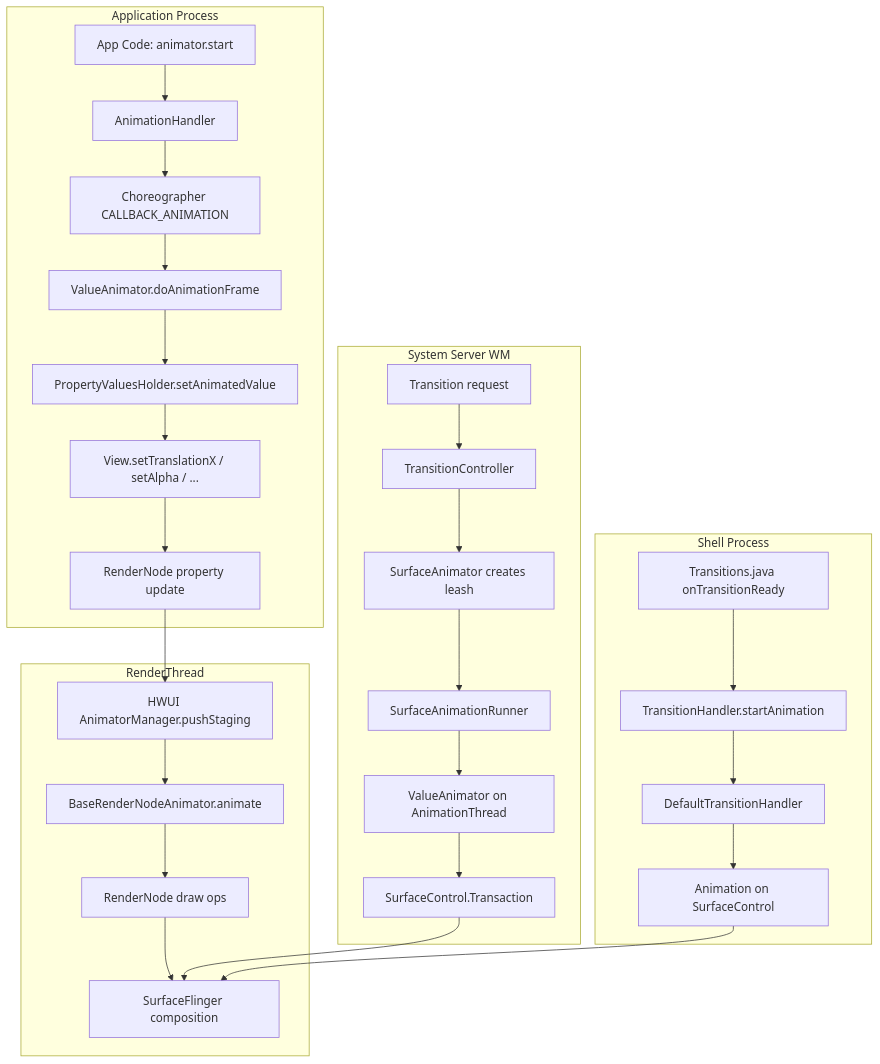
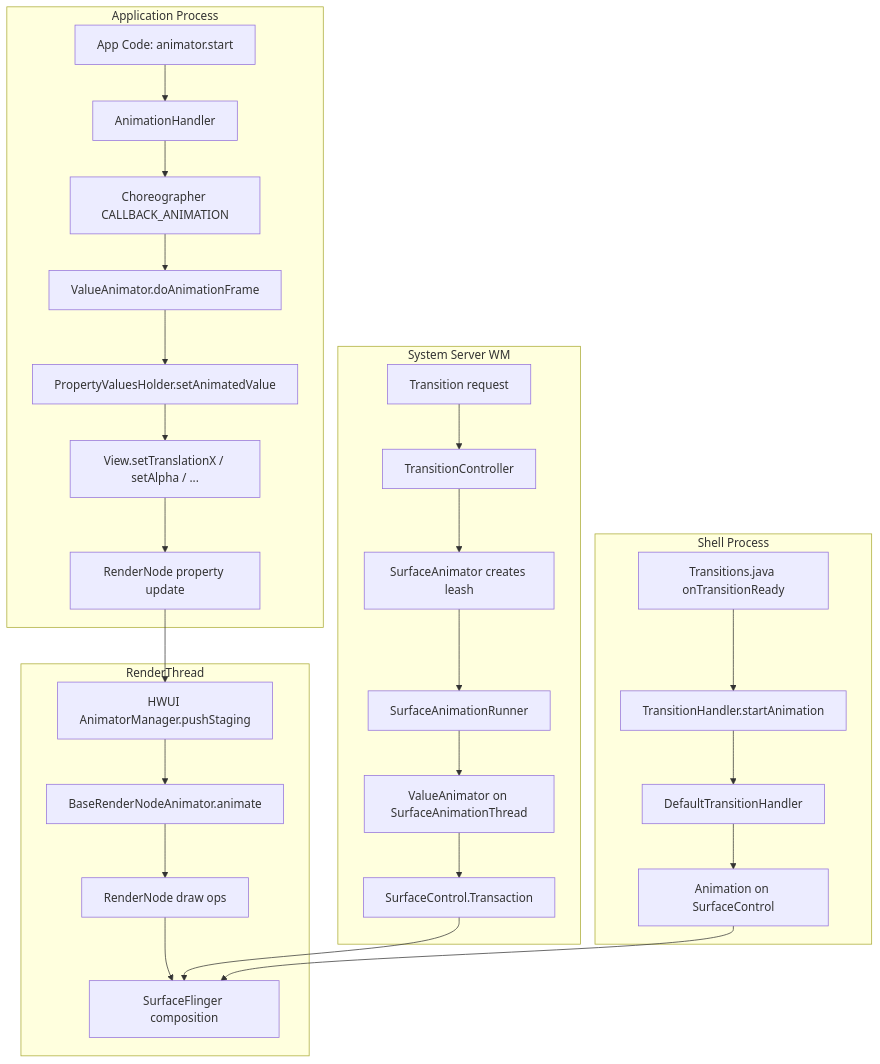
The first of 47 diagrams in 14-animation-system.md (aospbooks/aosp-internal-book), drawn with Mermaid before and after one commit. The commit also changed other lines of this file and 218 other files, not shown here.

````diff
--- a/14-animation-system.md
+++ b/14-animation-system.md
@@ -34,34 +34,34 @@
 ```mermaid
 graph TD
     subgraph "Application Process"
         A[App Code: animator.start] --> B[AnimationHandler]
         B --> C[Choreographer CALLBACK_ANIMATION]
         C --> D[ValueAnimator.doAnimationFrame]
         D --> E[PropertyValuesHolder.setAnimatedValue]
         E --> F[View.setTranslationX / setAlpha / ...]
         F --> G[RenderNode property update]
     end
 
     subgraph "RenderThread"
         G --> H[HWUI AnimatorManager.pushStaging]
         H --> I[BaseRenderNodeAnimator.animate]
         I --> J[RenderNode draw ops]
         J --> K[SurfaceFlinger composition]
     end
 
     subgraph "System Server WM"
         L[Transition request] --> M[TransitionController]
         M --> N[SurfaceAnimator creates leash]
         N --> O[SurfaceAnimationRunner]
-        O --> P[ValueAnimator on AnimationThread]
+        O --> P[ValueAnimator on SurfaceAnimationThread]
         P --> Q[SurfaceControl.Transaction]
         Q --> K
     end
 
     subgraph "Shell Process"
         R[Transitions.java onTransitionReady] --> S[TransitionHandler.startAnimation]
         S --> T[DefaultTransitionHandler]
         T --> U[Animation on SurfaceControl]
         U --> K
     end
 ```
````
